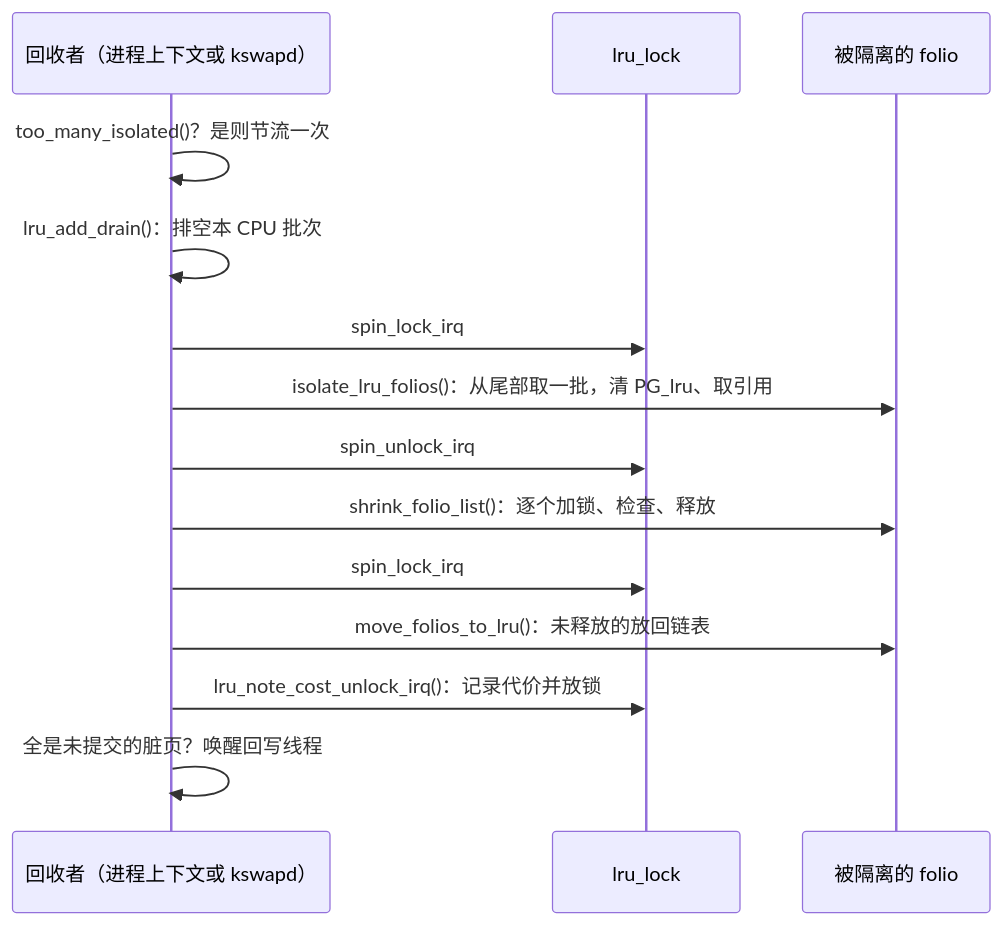
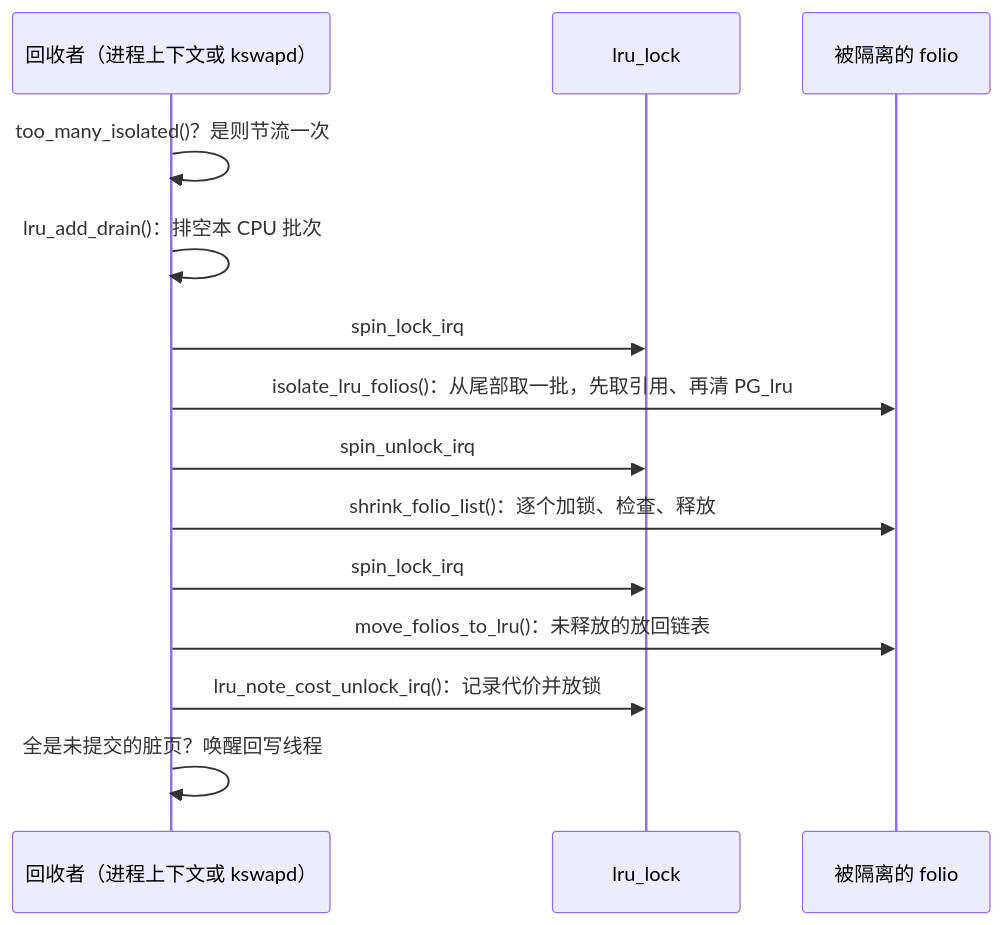
One commit to linuxperf/linux-study changed the sixth of 7 diagrams in book/memory/reclaim.md. Above: the diagram before and after it, drawn with Mermaid. The commit also changed other lines of this file and 5 other files, not shown here.

````diff
--- a/book/memory/reclaim.md
+++ b/book/memory/reclaim.md
@@ -682,17 +684,17 @@
 ```mermaid
 sequenceDiagram
     participant R as 回收者（进程上下文或 kswapd）
     participant L as lru_lock
     participant F as 被隔离的 folio
 
     R->>R: too_many_isolated()？是则节流一次
     R->>R: lru_add_drain()：排空本 CPU 批次
     R->>L: spin_lock_irq
-    R->>F: isolate_lru_folios()：从尾部取一批，清 PG_lru、取引用
+    R->>F: isolate_lru_folios()：从尾部取一批，先取引用、再清 PG_lru
     R->>L: spin_unlock_irq
     R->>F: shrink_folio_list()：逐个加锁、检查、释放
     R->>L: spin_lock_irq
     R->>F: move_folios_to_lru()：未释放的放回链表
     R->>L: lru_note_cost_unlock_irq()：记录代价并放锁
     R->>R: 全是未提交的脏页？唤醒回写线程
 ```
````
